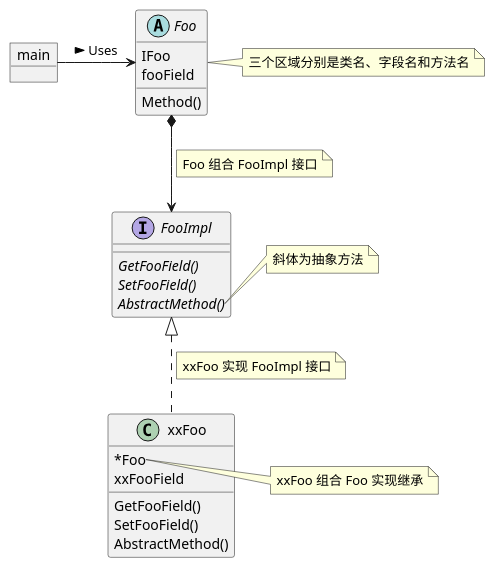
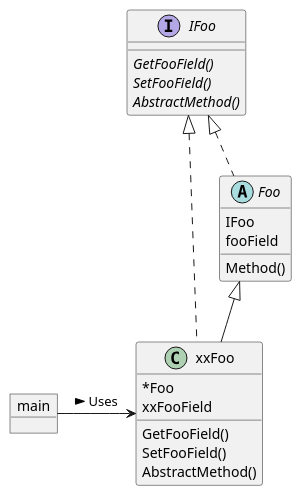
One commit to A11Might/golang-design-pattern changed the diagram in tutorial/class.puml. Above: the diagram before and after it, drawn with PlantUML. The commit also changed 5 other files, not shown here.

```diff
--- a/tutorial/class.puml
+++ b/tutorial/class.puml
@@ -1,37 +1,29 @@
 @startuml
 'https://plantuml.com/class-diagram
 
 object main
+interface IFoo {
+    {abstract}GetFooField()
+	{abstract}SetFooField()
+	{abstract}AbstractMethod()
+}
 abstract class Foo {
     IFoo
     fooField
     Method()
 }
-note right: 三个区域分别是类名、字段名和方法名
-interface FooImpl {
-    {abstract}GetFooField()
-	{abstract}SetFooField()
-	{abstract}AbstractMethod()
-}
-note right of FooImpl::AbstractMethod
-    斜体为抽象方法
-end note
 skinparam classAttributeIconSize 0
 class xxFoo {
     *Foo
     xxFooField
     GetFooField()
 	SetFooField()
 	AbstractMethod()
 }
-note right of xxFoo::Foo
-xxFoo 组合 Foo 实现继承
-end note
 
-main -> Foo: Uses >
-Foo *--> FooImpl
-note on link: Foo 组合 FooImpl 接口
-FooImpl <|.. xxFoo
-note on link: xxFoo 实现 FooImpl 接口
+main -> xxFoo: Uses >
+IFoo <|.. Foo
+IFoo <|.. xxFoo
+Foo <|-- xxFoo
 
 @enduml
```
